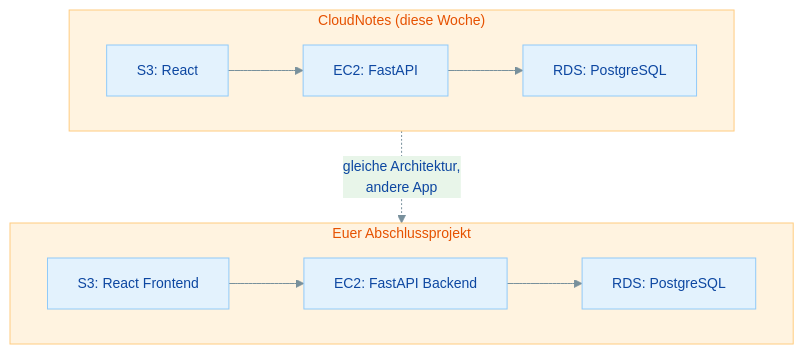
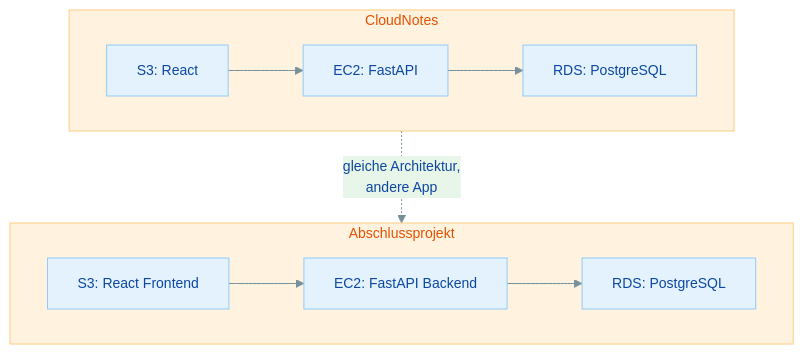
One commit to JacobMenge/kurs-25-06 changed the sixth of 6 diagrams in docs/modul-3/woche-9/uebung-30.0-aws-services-architektur.md. Above: the diagram before and after it, drawn with Mermaid. The commit also changed other lines of this file and 5 other files, not shown here.

````diff
--- a/docs/modul-3/woche-9/uebung-30.0-aws-services-architektur.md
+++ b/docs/modul-3/woche-9/uebung-30.0-aws-services-architektur.md
@@ -364,15 +364,15 @@
 ```mermaid
 %%{init: {'theme': 'base', 'themeVariables': {'primaryColor': '#e3f2fd', 'primaryTextColor': '#0d47a1', 'primaryBorderColor': '#90caf9', 'secondaryColor': '#e8f5e9', 'secondaryTextColor': '#1b5e20', 'secondaryBorderColor': '#a5d6a7', 'tertiaryColor': '#fff3e0', 'tertiaryTextColor': '#e65100', 'tertiaryBorderColor': '#ffcc80', 'lineColor': '#78909c', 'fontSize': '14px'}}}%%
 graph TB
-    subgraph cloudnotes ["CloudNotes (diese Woche)"]
+    subgraph cloudnotes ["CloudNotes"]
         direction LR
         CN_S3["S3: React"] --> CN_EC2["EC2: FastAPI"]
         CN_EC2 --> CN_RDS["RDS: PostgreSQL"]
     end
-    subgraph abschluss ["Euer Abschlussprojekt"]
+    subgraph abschluss ["Abschlussprojekt"]
         direction LR
         AP_S3["S3: React Frontend"] --> AP_EC2["EC2: FastAPI Backend"]
         AP_EC2 --> AP_RDS["RDS: PostgreSQL"]
     end
     cloudnotes -.->|"gleiche Architektur,<br/>andere App"| abschluss
 ```
````
